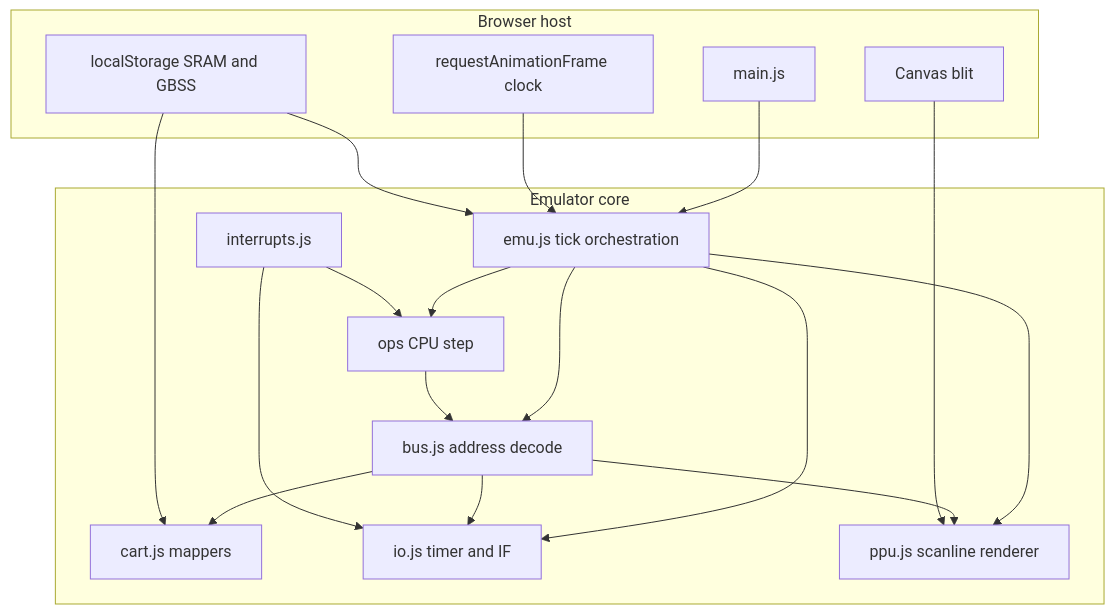
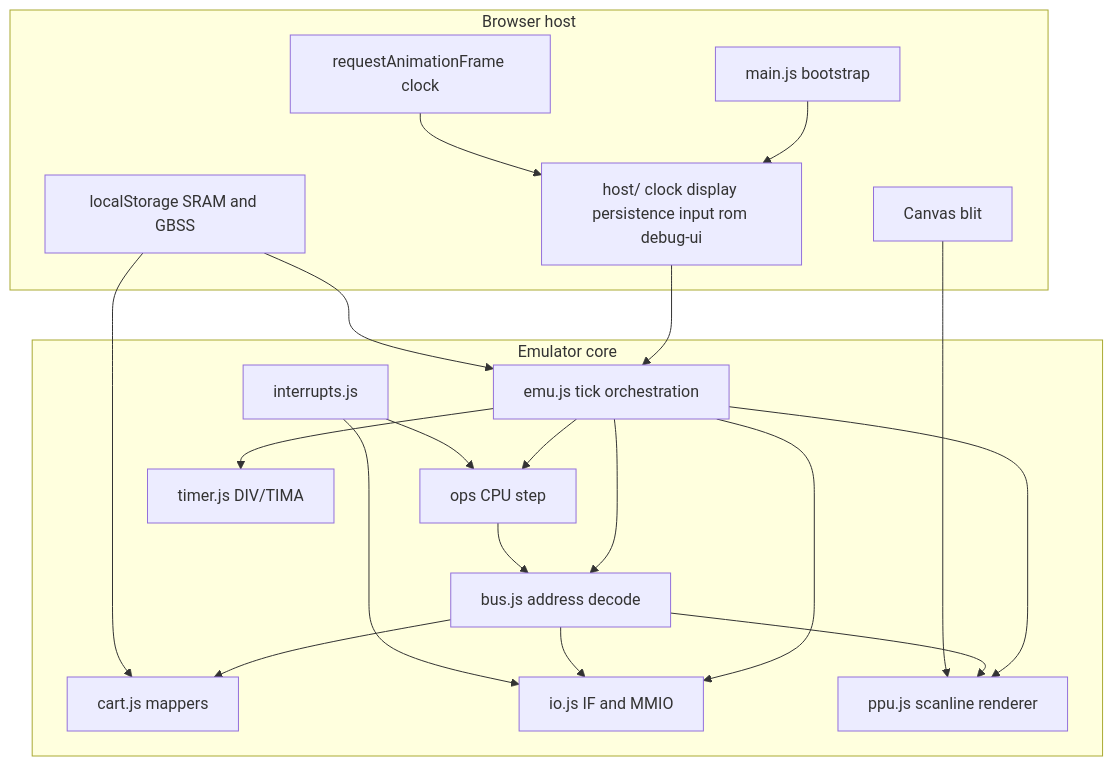
Before and after one commit to HenryHey/gb: the diagram in docs/project-review.md, drawn with Mermaid. The commit also changed other lines of this file and 3 other files, not shown here.

````diff
--- a/docs/project-review.md
+++ b/docs/project-review.md
@@ -93,35 +75,39 @@
 ```mermaid
 flowchart TB
   subgraph host [Browser host]
-    main[main.js]
+    main[main.js bootstrap]
+    hostMod[host/ clock display persistence input rom debug-ui]
     rAF[requestAnimationFrame clock]
     blit[Canvas blit]
     ls[localStorage SRAM and GBSS]
   end
 
   subgraph core [Emulator core]
     emu[emu.js tick orchestration]
     cpu[ops CPU step]
     bus[bus.js address decode]
     cart[cart.js mappers]
-    io[io.js timer and IF]
+    io[io.js IF and MMIO]
+    timer[timer.js DIV/TIMA]
     ppu[ppu.js scanline renderer]
     irq[interrupts.js]
   end
 
-  main --> emu
-  rAF --> emu
+  main --> hostMod
+  hostMod --> emu
+  rAF --> hostMod
   emu --> cpu
   emu --> bus
   emu --> io
+  emu --> timer
   emu --> ppu
   bus --> cart
   bus --> io
   bus --> ppu
   cpu --> bus
   irq --> cpu
   irq --> io
   blit --> ppu
   ls --> cart
   ls --> emu
 ```
````
